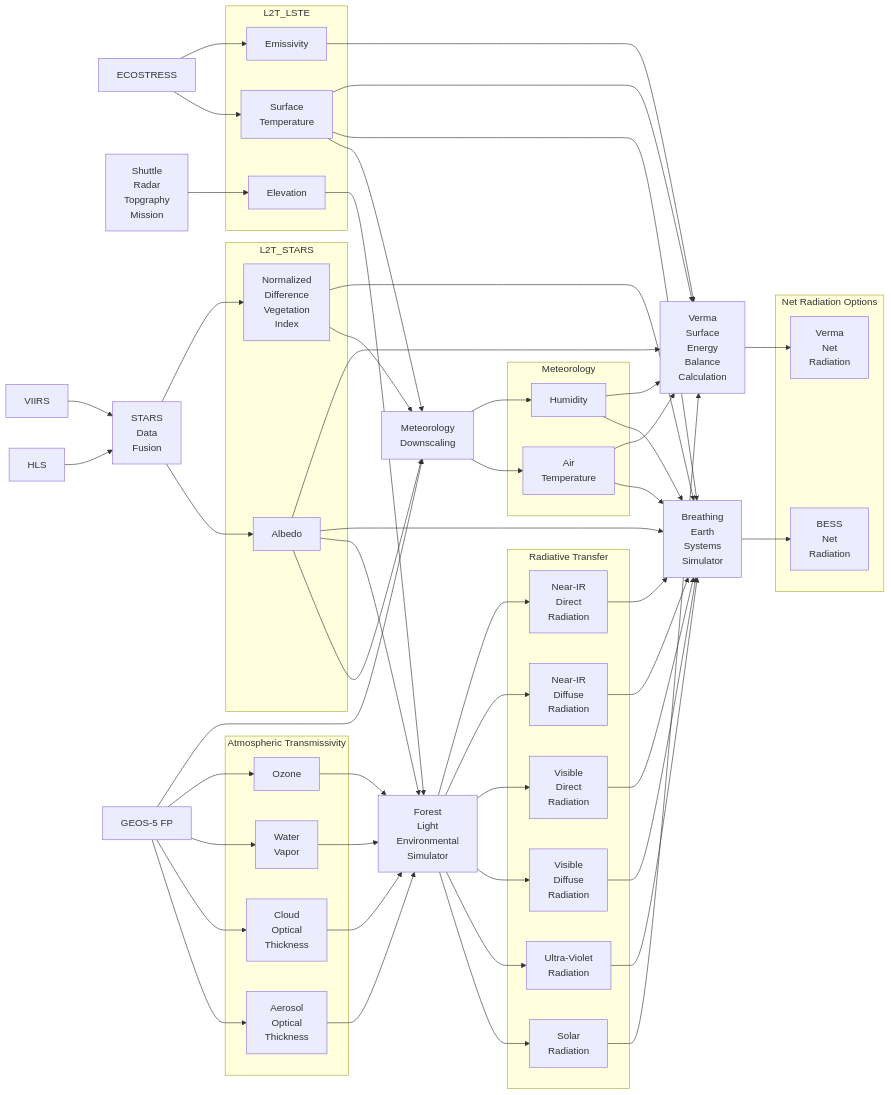
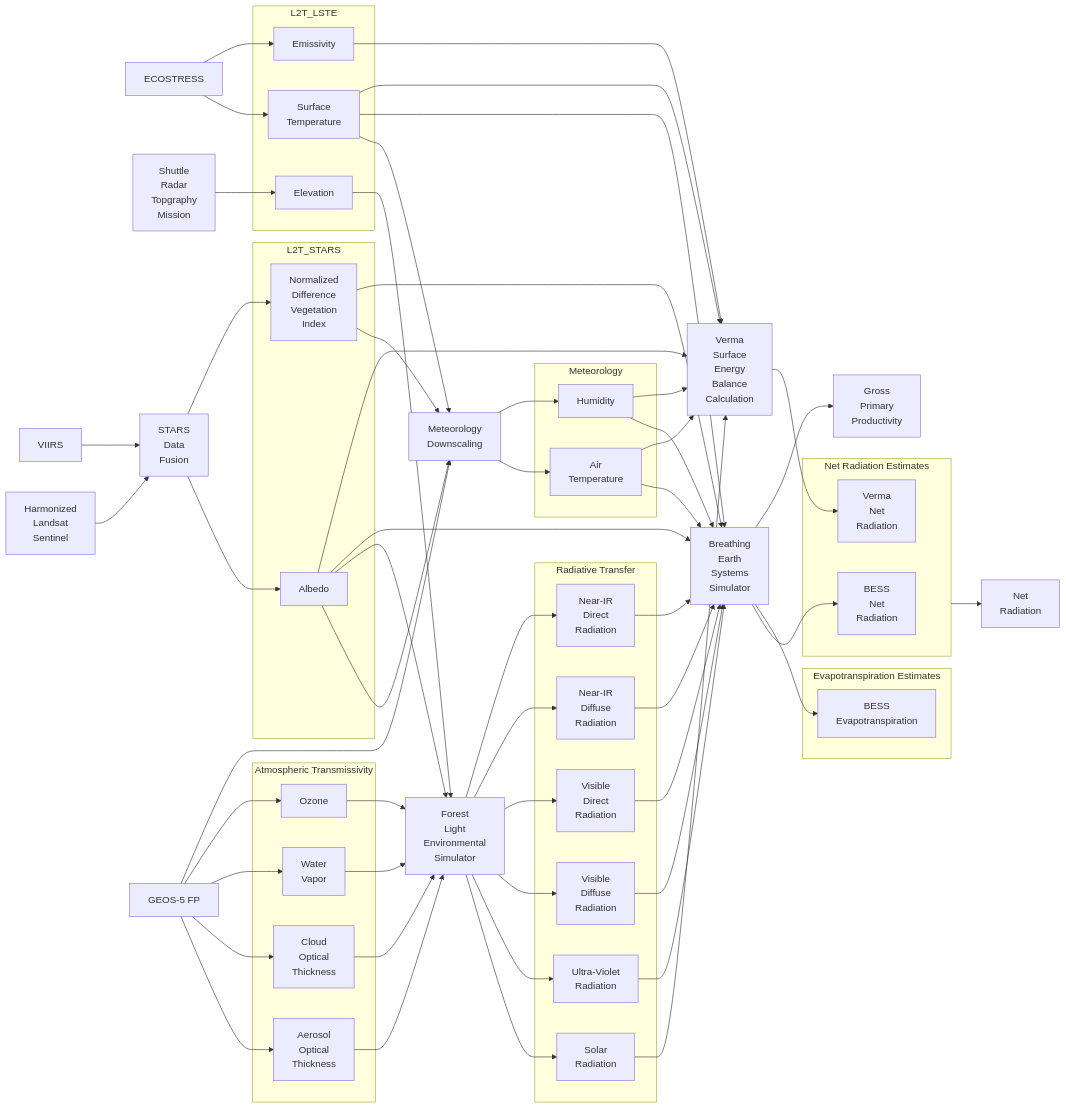
One commit to JPL-Evapotranspiration-Algorithms/ET-Sensitivity changed the diagram in Workflow Diagram.md. Above: the diagram before and after it, drawn with Mermaid.

Commit message:
workflow diagram

````diff
--- a/Workflow Diagram.md
+++ b/Workflow Diagram.md
@@ -10,7 +10,7 @@
     
     SRTM[Shuttle<br>Radar<br>Topgraphy<br>Mission]
     
-    HLS
+    HLS[Harmonized<br>Landsat<br>Sentinel]
     VIIRS
     STARS[STARS<br>Data<br>Fusion]
     
@@ -50,10 +50,18 @@
 
     BESS[Breathing<br>Earth<br>Systems<br>Simulator]
 
-    subgraph Rn[Net Radiation Options]
+    subgraph Rn_estimates[Net Radiation Estimates]
         BESS_Rn[BESS<br>Net<br>Radiation]
         Verma_Rn[Verma<br>Net<br>Radiation]
     end
+
+    Rn[Net<br>Radiation]
+
+    subgraph ET[Evapotranspiration Estimates]
+        BESS_ET[BESS<br>Evapotranspiration]
+    end
+
+    GPP[Gross<br>Primary<br>Productivity]
 
     ECOSTRESS-->ST
     ECOSTRESS-->emissivity
@@ -105,6 +113,8 @@
     ST-->BESS
 
     BESS-->BESS_Rn
+    BESS-->BESS_ET
+    BESS-->GPP
 
     ST-->Verma
     emissivity-->Verma
@@ -114,4 +124,6 @@
     RH-->Verma
 
     Verma-->Verma_Rn
+
+    Rn_estimates-->Rn
 ```
````
